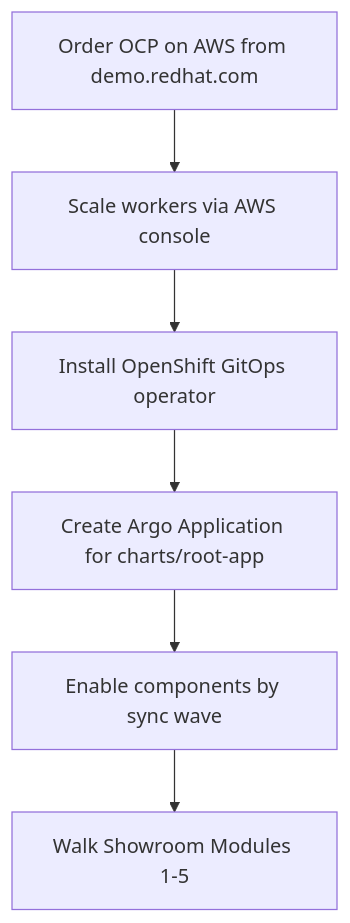
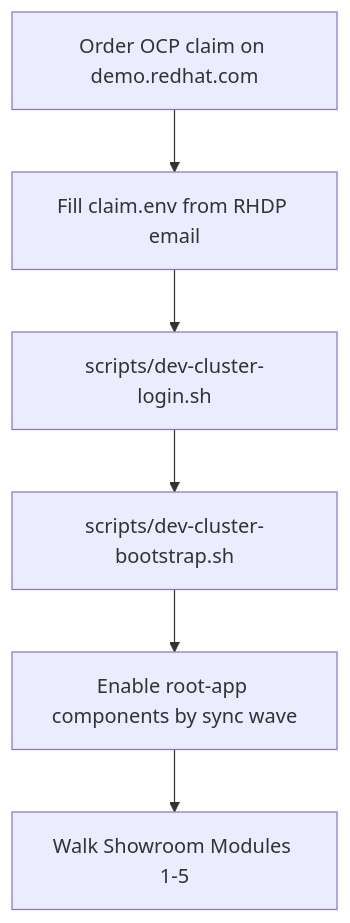
Before and after one commit to NA-FSI-Services/lightwell-tssc-workshop: the diagram in docs/DEV-CLUSTER-BOOTSTRAP.md, drawn with Mermaid. The commit also changed other lines of this file and 14 other files, not shown here.

First line of the commit message:
Make dev-cluster bootstrap claim-agnostic and scriptable.

````diff
--- a/docs/DEV-CLUSTER-BOOTSTRAP.md
+++ b/docs/DEV-CLUSTER-BOOTSTRAP.md
@@ -9,10 +9,10 @@
 ```mermaid
 flowchart TD
-  order[Order OCP on AWS from demo.redhat.com]
-  scale[Scale workers via AWS console]
-  gitops[Install OpenShift GitOps operator]
-  root[Create Argo Application for charts/root-app]
-  waves[Enable components by sync wave]
+  order[Order OCP claim on demo.redhat.com]
+  fill[Fill claim.env from RHDP email]
+  login[scripts/dev-cluster-login.sh]
+  boot[scripts/dev-cluster-bootstrap.sh]
+  waves[Enable root-app components by sync wave]
   labs[Walk Showroom Modules 1-5]
-  order --> scale --> gitops --> root --> waves --> labs
+  order --> fill --> login --> boot --> waves --> labs
 ```
````
